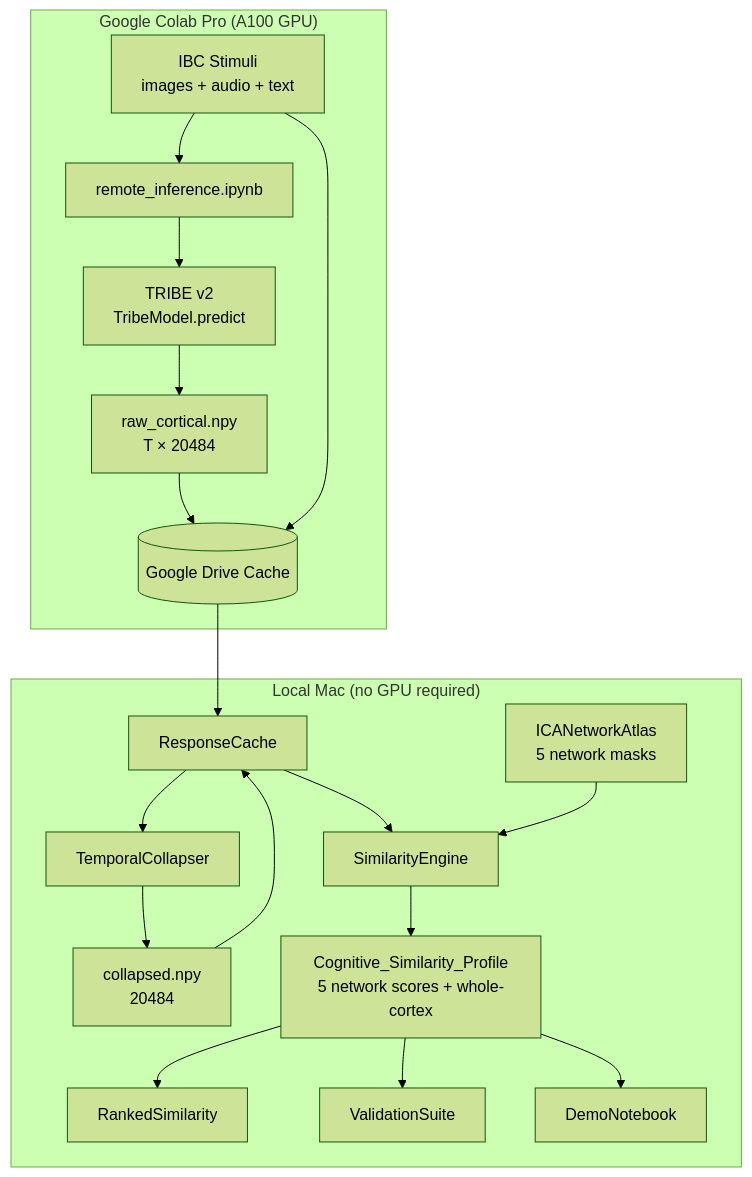
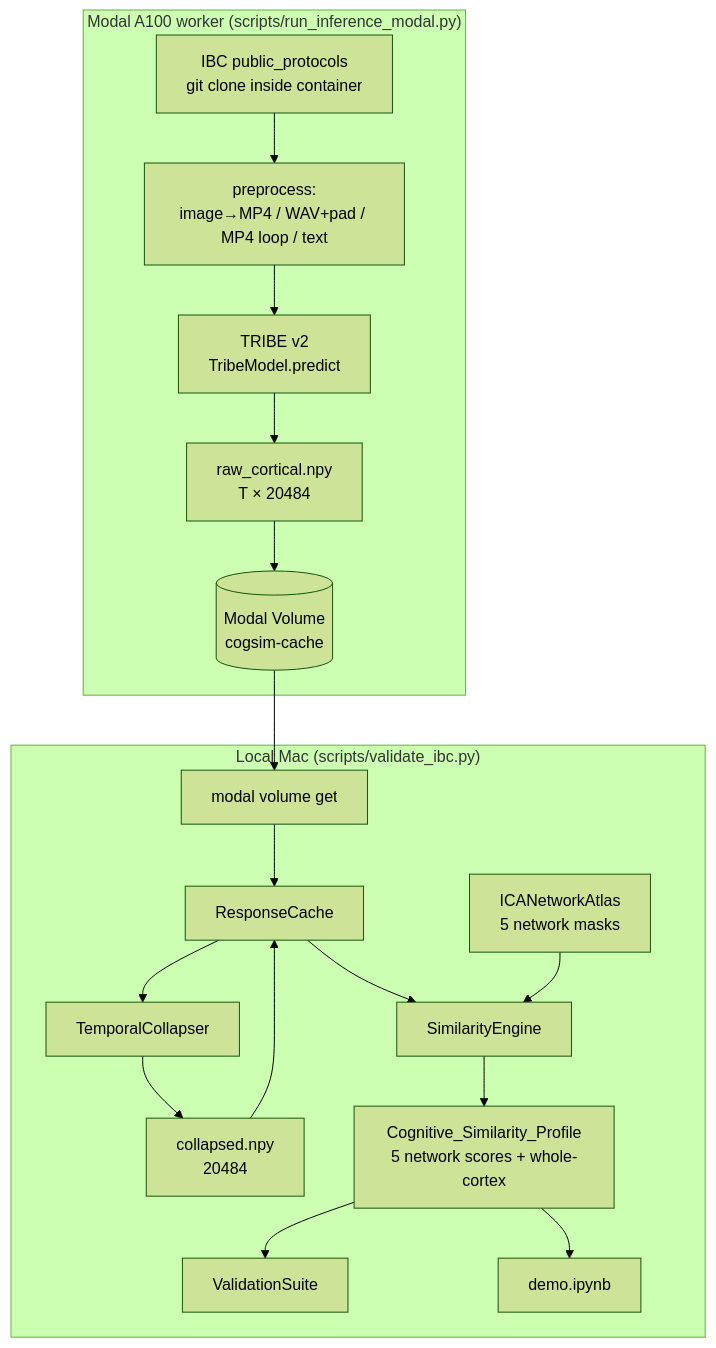
Before and after one commit to gdavid7/cogsimexperiment: the diagram in .kiro/specs/cognitive-similarity/design.md, drawn with Mermaid (forest theme). The commit also changed other lines of this file and 9 other files, not shown here.

````diff
--- a/.kiro/specs/cognitive-similarity/design.md
+++ b/.kiro/specs/cognitive-similarity/design.md
@@ -29,23 +29,22 @@
 ```mermaid
 graph TD
-    subgraph COLAB["Google Colab Pro (A100 GPU)"]
-        A[IBC Stimuli<br/>images + audio + text] --> B[remote_inference.ipynb]
-        B --> C[TRIBE v2<br/>TribeModel.predict]
+    subgraph MODAL["Modal A100 worker (scripts/run_inference_modal.py)"]
+        A[IBC public_protocols<br/>git clone inside container] --> PP[preprocess:<br/>image→MP4 / WAV+pad / MP4 loop / text]
+        PP --> C[TRIBE v2<br/>TribeModel.predict]
         C --> D1[raw_cortical.npy<br/>T × 20484]
-        D1 --> GD[(Google Drive Cache)]
-        A --> GD
+        D1 --> MV[(Modal Volume<br/>cogsim-cache)]
     end
 
-    subgraph LOCAL["Local Mac (no GPU required)"]
-        GD --> RC[ResponseCache]
+    subgraph LOCAL["Local Mac (scripts/validate_ibc.py)"]
+        MV --> DL[modal volume get]
+        DL --> RC[ResponseCache]
         RC --> TC[TemporalCollapser]
         TC --> CR[collapsed.npy<br/>20484]
         CR --> RC
         RC --> SE[SimilarityEngine]
         ICA[ICANetworkAtlas<br/>5 network masks] --> SE
         SE --> P[Cognitive_Similarity_Profile<br/>5 network scores + whole-cortex]
-        P --> R[RankedSimilarity]
         P --> V[ValidationSuite]
-        P --> DN[DemoNotebook]
+        P --> DN[demo.ipynb]
     end
 ```
````
